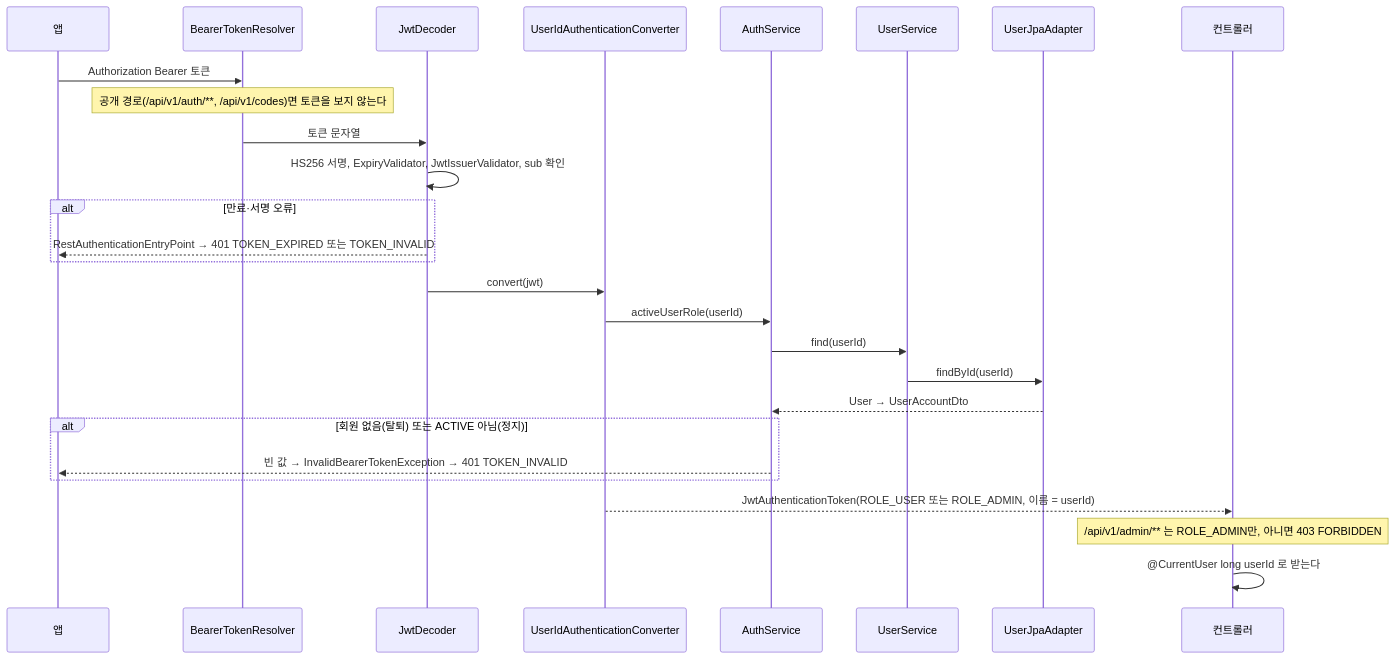
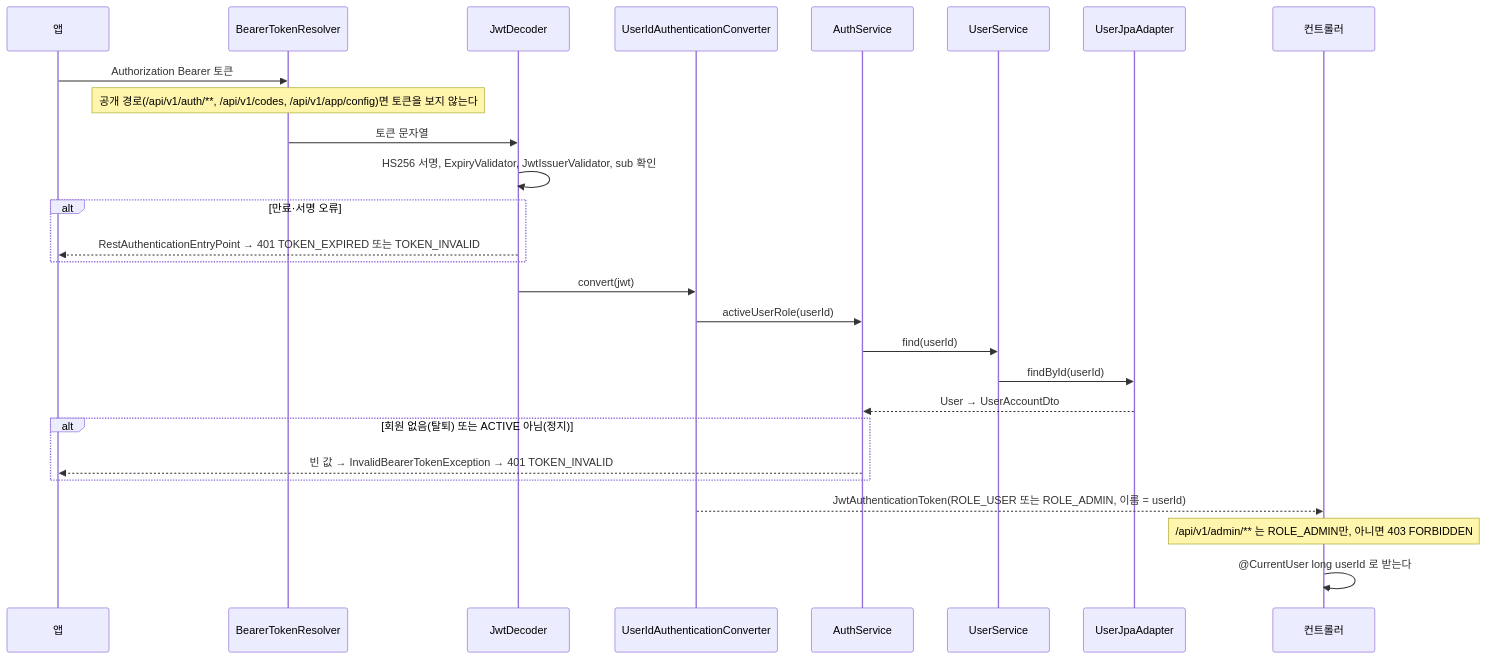
One commit to showzone83/wearly changed the second of 12 diagrams in doc/10_백엔드_흐름.md. Above: the diagram before and after it, drawn with Mermaid. The commit also changed other lines of this file and 80 other files, not shown here.

````diff
--- a/doc/10_백엔드_흐름.md
+++ b/doc/10_백엔드_흐름.md
@@ -98,30 +99,30 @@
 ```mermaid
 sequenceDiagram
   participant C as 앱
   participant R as BearerTokenResolver
   participant D as JwtDecoder
   participant V as UserIdAuthenticationConverter
   participant A as AuthService
   participant U as UserService
   participant P as UserJpaAdapter
   participant W as 컨트롤러
 
   C->>R: Authorization Bearer 토큰
-  Note over R: 공개 경로(/api/v1/auth/**, /api/v1/codes)면 토큰을 보지 않는다
+  Note over R: 공개 경로(/api/v1/auth/**, /api/v1/codes, /api/v1/app/config)면 토큰을 보지 않는다
   R->>D: 토큰 문자열
   D->>D: HS256 서명, ExpiryValidator, JwtIssuerValidator, sub 확인
   alt 만료·서명 오류
     D-->>C: RestAuthenticationEntryPoint → 401 TOKEN_EXPIRED 또는 TOKEN_INVALID
   end
   D->>V: convert(jwt)
   V->>A: activeUserRole(userId)
   A->>U: find(userId)
   U->>P: findById(userId)
   P-->>A: User → UserAccountDto
   alt 회원 없음(탈퇴) 또는 ACTIVE 아님(정지)
     A-->>C: 빈 값 → InvalidBearerTokenException → 401 TOKEN_INVALID
   end
   V-->>W: JwtAuthenticationToken(ROLE_USER 또는 ROLE_ADMIN, 이름 = userId)
   Note over W: /api/v1/admin/** 는 ROLE_ADMIN만, 아니면 403 FORBIDDEN
   W->>W: @CurrentUser long userId 로 받는다
 ```
````
